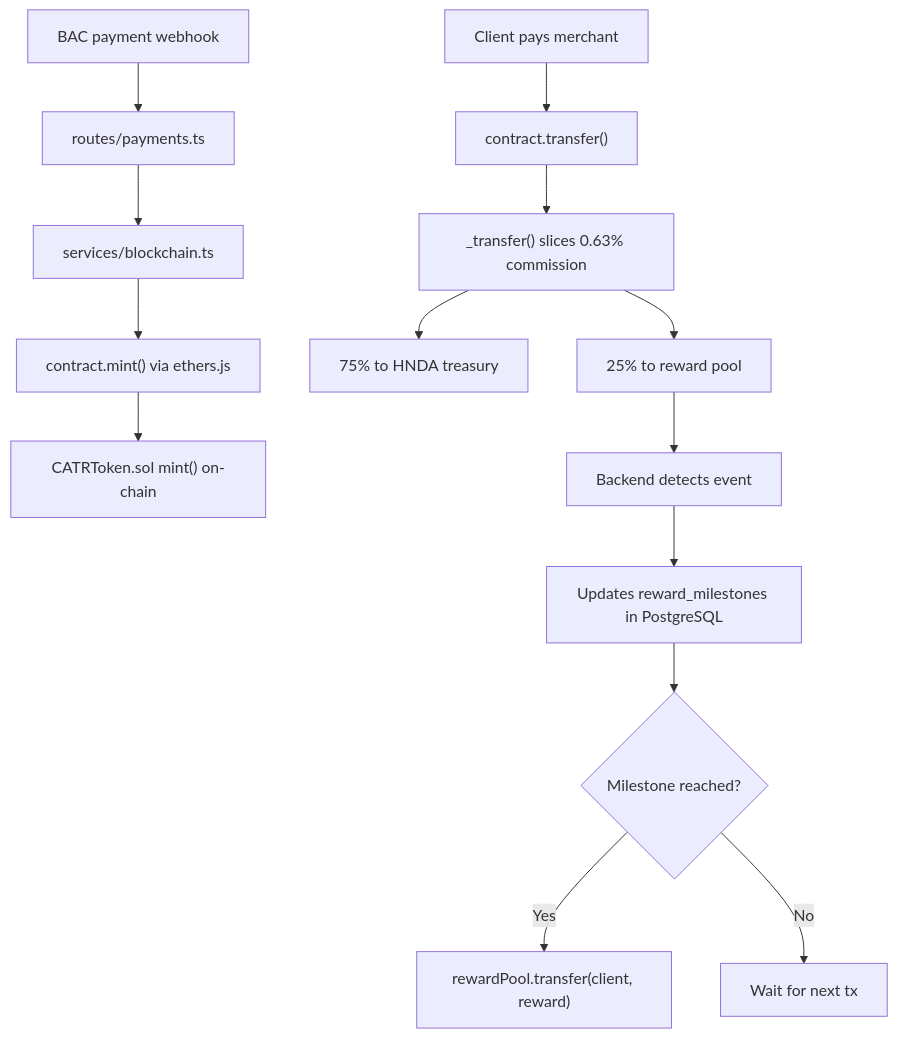
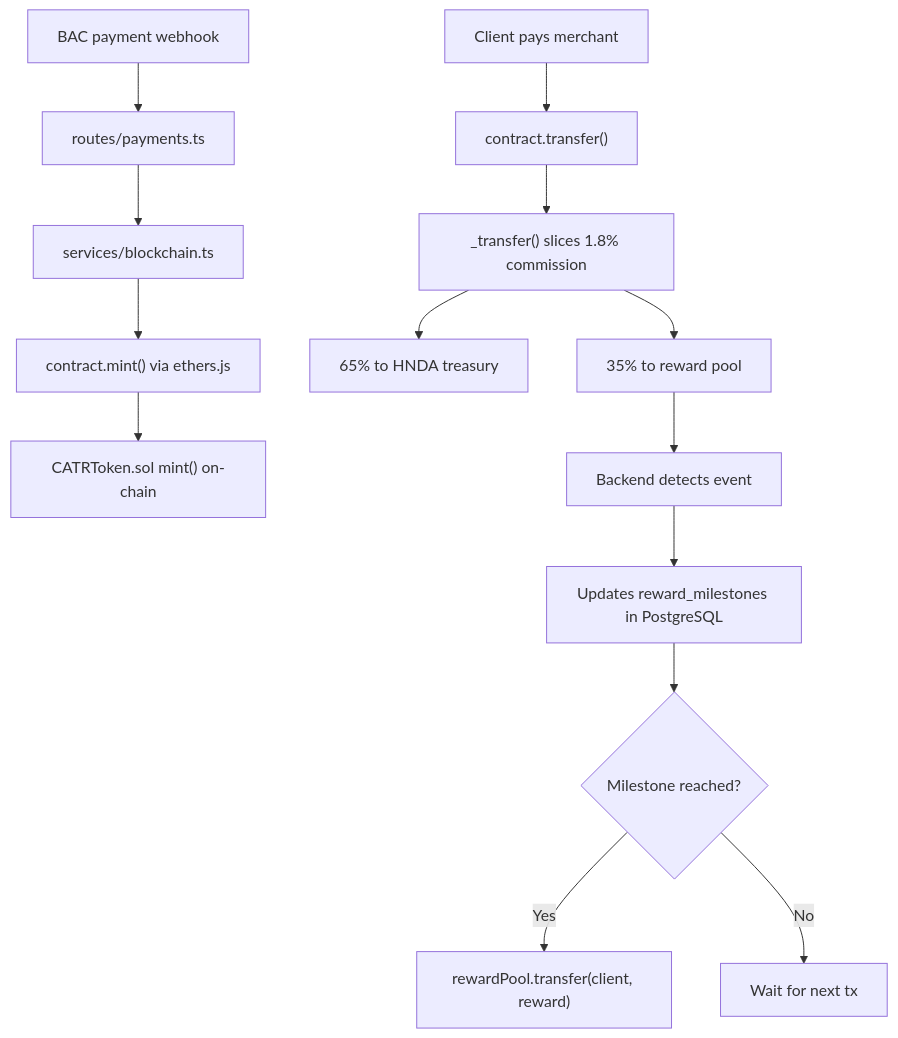
One commit to thetrovadour/HNDA---FIDELIO changed the second of 3 diagrams in Organization and Research/FIDELIO-Learning-Plan.md. Above: the diagram before and after it, drawn with Mermaid. The commit also changed other lines of this file and 41 other files, not shown here.

````diff
--- a/Organization and Research/FIDELIO-Learning-Plan.md
+++ b/Organization and Research/FIDELIO-Learning-Plan.md
@@ -515,17 +515,17 @@
   ```mermaid
   graph TD
       A[BAC payment webhook] --> B[routes/payments.ts]
       B --> C[services/blockchain.ts]
       C --> D["contract.mint() via ethers.js"]
       D --> E["CATRToken.sol mint() on-chain"]
 
       F[Client pays merchant] --> G["contract.transfer()"]
-      G --> H["_transfer() slices 0.63% commission"]
-      H --> I[75% to HNDA treasury]
-      H --> J[25% to reward pool]
+      G --> H["_transfer() slices 1.8% commission"]
+      H --> I[65% to HNDA treasury]
+      H --> J[35% to reward pool]
       J --> K[Backend detects event]
       K --> L[Updates reward_milestones in PostgreSQL]
       L --> M{Milestone reached?}
       M -->|Yes| N["rewardPool.transfer(client, reward)"]
       M -->|No| O[Wait for next tx]
   ```
````
